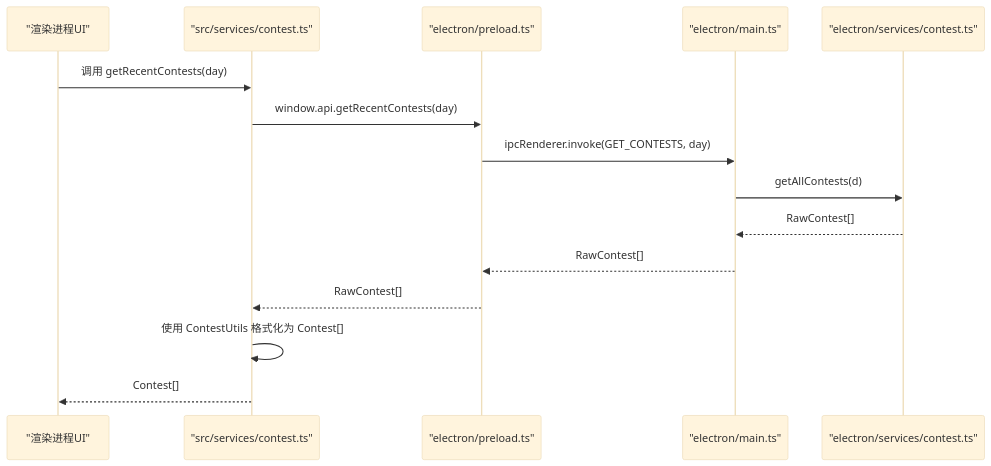
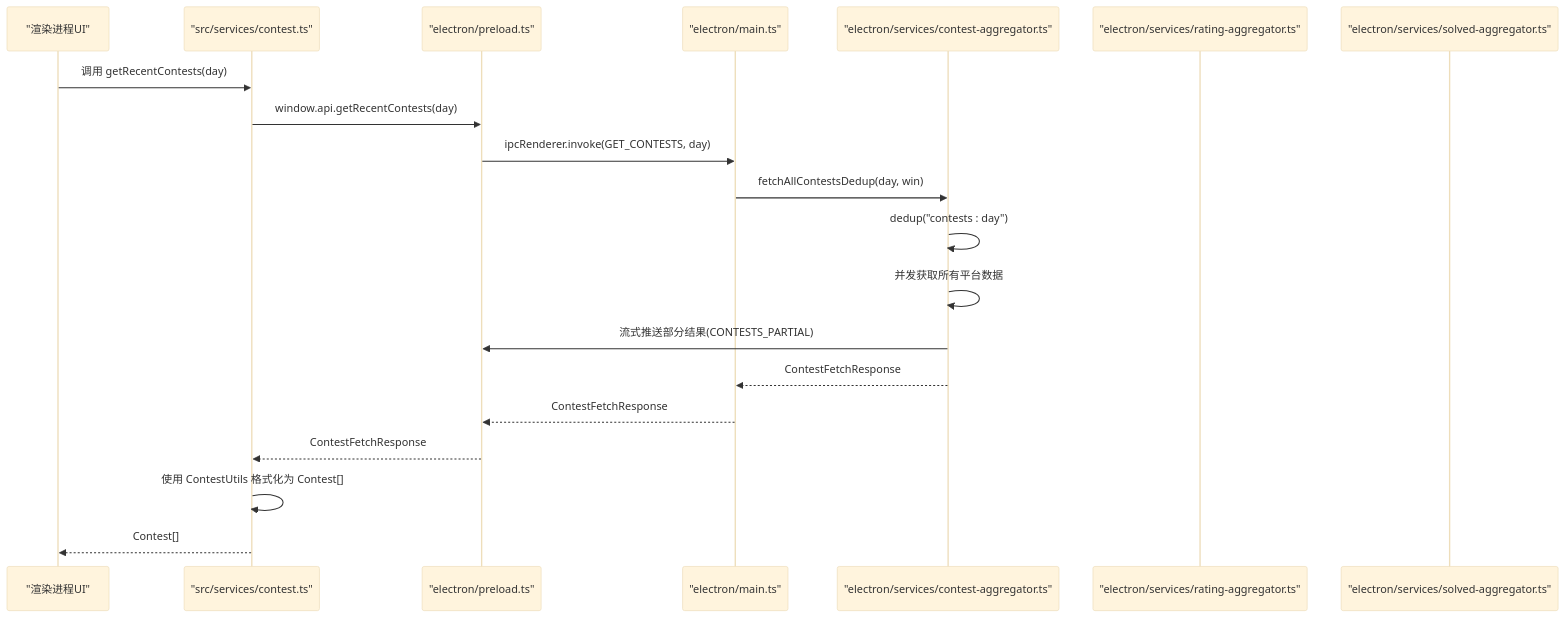
The second of 7 diagrams in .qoder/repowiki/zh/content/API参考/服务层API/服务层API.md (Siborne/OJFlow), drawn with Mermaid (base theme) before and after one commit. The commit also changed other lines of this file and 23 other files, not shown here.

````diff
--- a/.qoder/repowiki/zh/content/API参考/服务层API/服务层API.md
+++ b/.qoder/repowiki/zh/content/API参考/服务层API/服务层API.md
@@ -118,17 +145,22 @@
 ```mermaid
 sequenceDiagram
 participant UI as "渲染进程UI"
 participant RS as "src/services/contest.ts"
 participant PL as "electron/preload.ts"
 participant MP as "electron/main.ts"
-participant CS as "electron/services/contest.ts"
+participant CA as "electron/services/contest-aggregator.ts"
+participant RA as "electron/services/rating-aggregator.ts"
+participant SA as "electron/services/solved-aggregator.ts"
 UI->>RS : 调用 getRecentContests(day)
 RS->>PL : window.api.getRecentContests(day)
 PL->>MP : ipcRenderer.invoke(GET_CONTESTS, day)
-MP->>CS : getAllContests(d)
-CS-->>MP : RawContest[]
-MP-->>PL : RawContest[]
-PL-->>RS : RawContest[]
+MP->>CA : fetchAllContestsDedup(day, win)
+CA->>CA : dedup("contests : day")
+CA->>CA : 并发获取所有平台数据
+CA->>PL : 流式推送部分结果(CONTESTS_PARTIAL)
+CA-->>MP : ContestFetchResponse
+MP-->>PL : ContestFetchResponse
+PL-->>RS : ContestFetchResponse
 RS->>RS : 使用 ContestUtils 格式化为 Contest[]
 RS-->>UI : Contest[]
 ```
````
